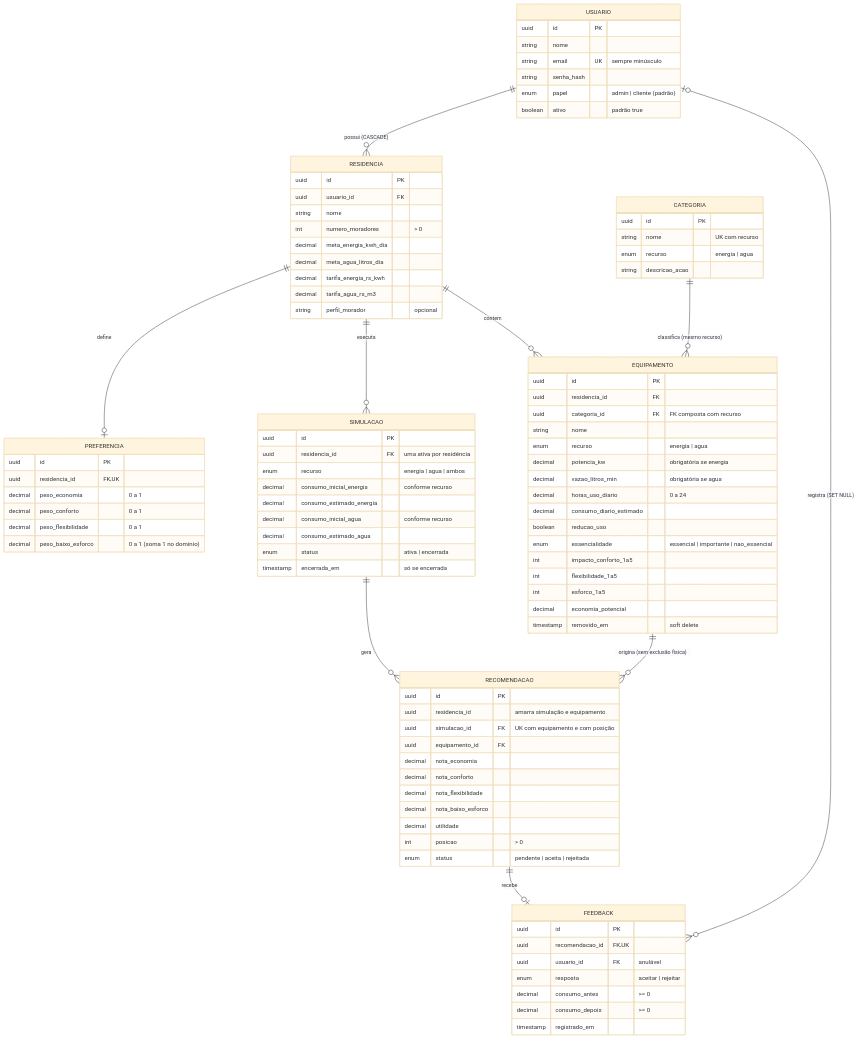
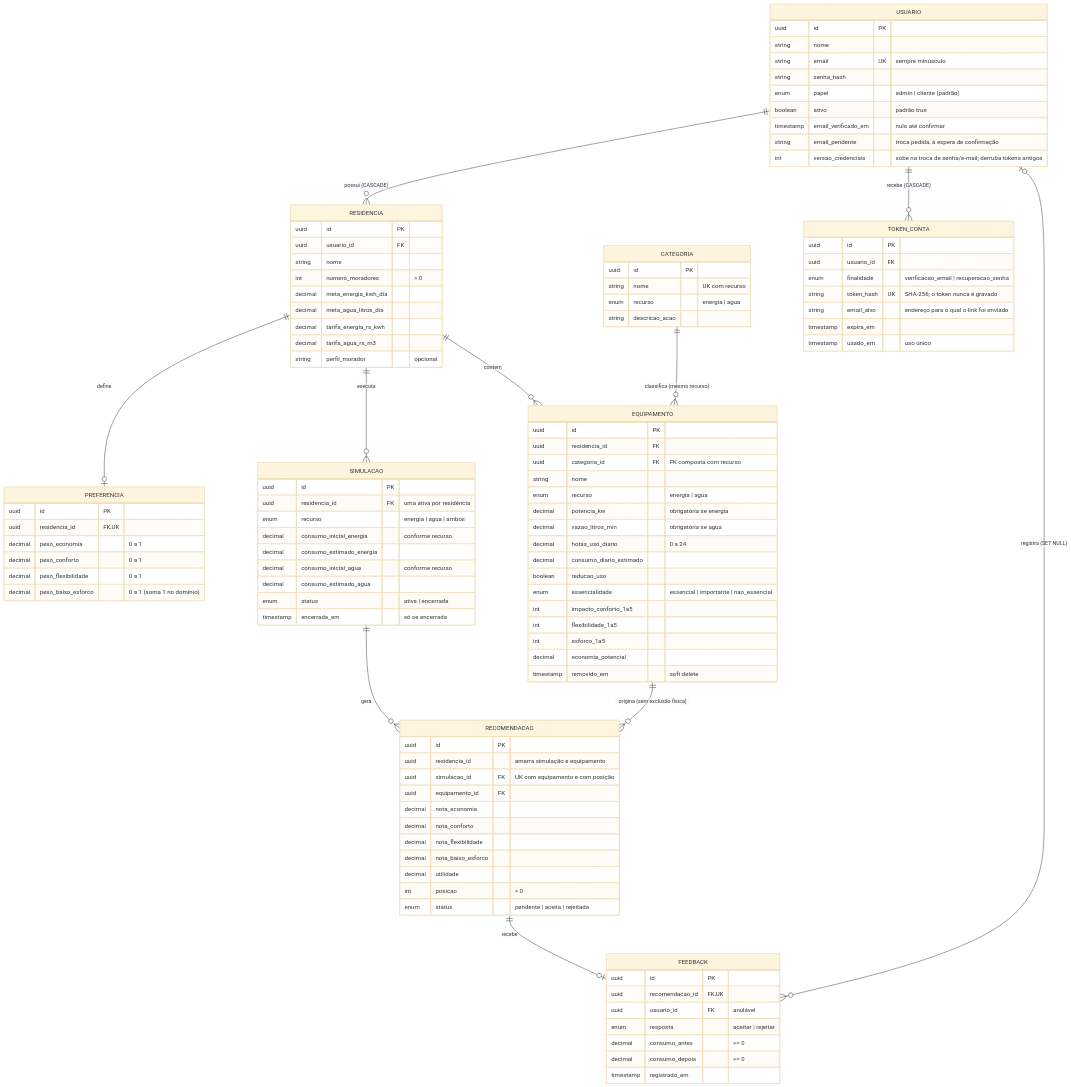
The first of 3 diagrams in docs/diagramas.md (Joloano/agente-recomendacao-economia), drawn with Mermaid (base theme) before and after one commit. The commit also changed 20 other files, not shown here.

```diff
--- a/docs/diagramas.md
+++ b/docs/diagramas.md
@@ -16,6 +16,7 @@
     EQUIPAMENTO ||--o{ RECOMENDACAO : "origina (sem exclusão física)"
     RECOMENDACAO ||--o| FEEDBACK : recebe
     USUARIO |o--o{ FEEDBACK : "registra (SET NULL)"
+    USUARIO ||--o{ TOKEN_CONTA : "recebe (CASCADE)"
 
     USUARIO {
         uuid id PK
@@ -24,6 +25,18 @@
         string senha_hash
         enum papel "admin | cliente (padrão)"
         boolean ativo "padrão true"
+        timestamp email_verificado_em "nulo até confirmar"
+        string email_pendente "troca pedida, à espera de confirmação"
+        int versao_credenciais "sobe na troca de senha/e-mail; derruba tokens antigos"
+    }
+    TOKEN_CONTA {
+        uuid id PK
+        uuid usuario_id FK
+        enum finalidade "verificacao_email | recuperacao_senha"
+        string token_hash UK "SHA-256; o token nunca é gravado"
+        string email_alvo "endereço para o qual o link foi enviado"
+        timestamp expira_em
+        timestamp usado_em "uso único"
     }
     RESIDENCIA {
         uuid id PK
```
